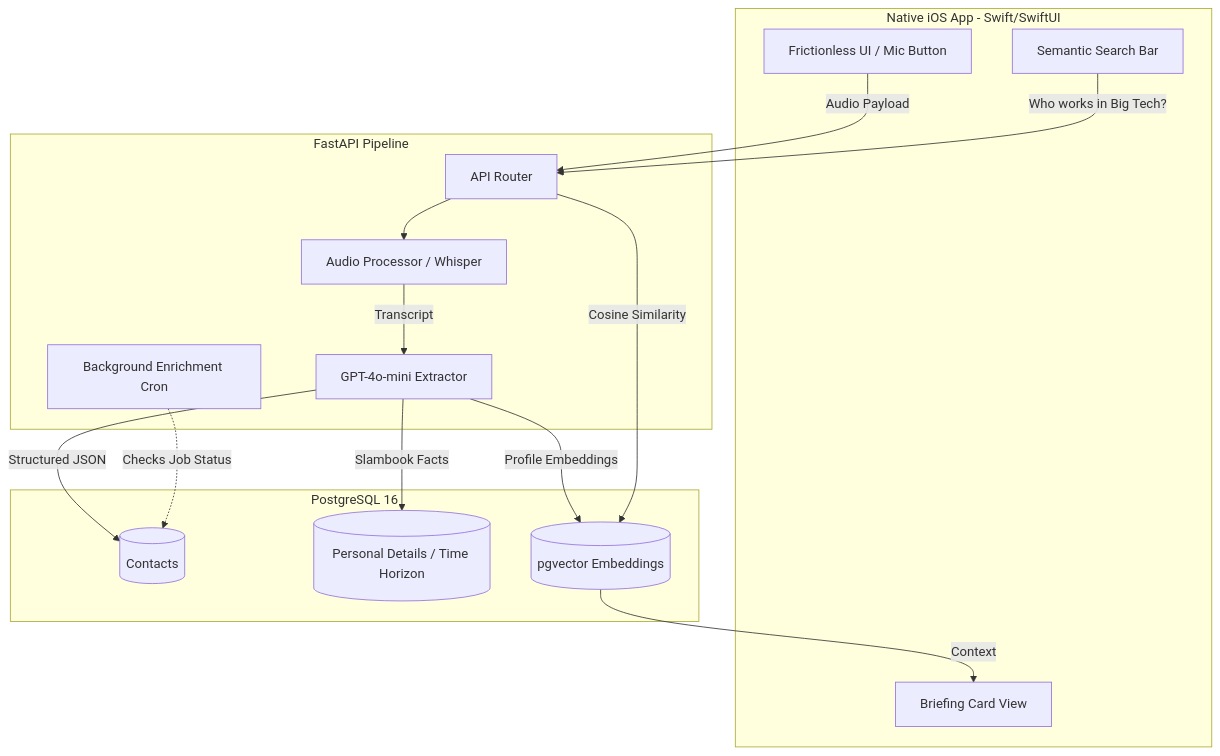
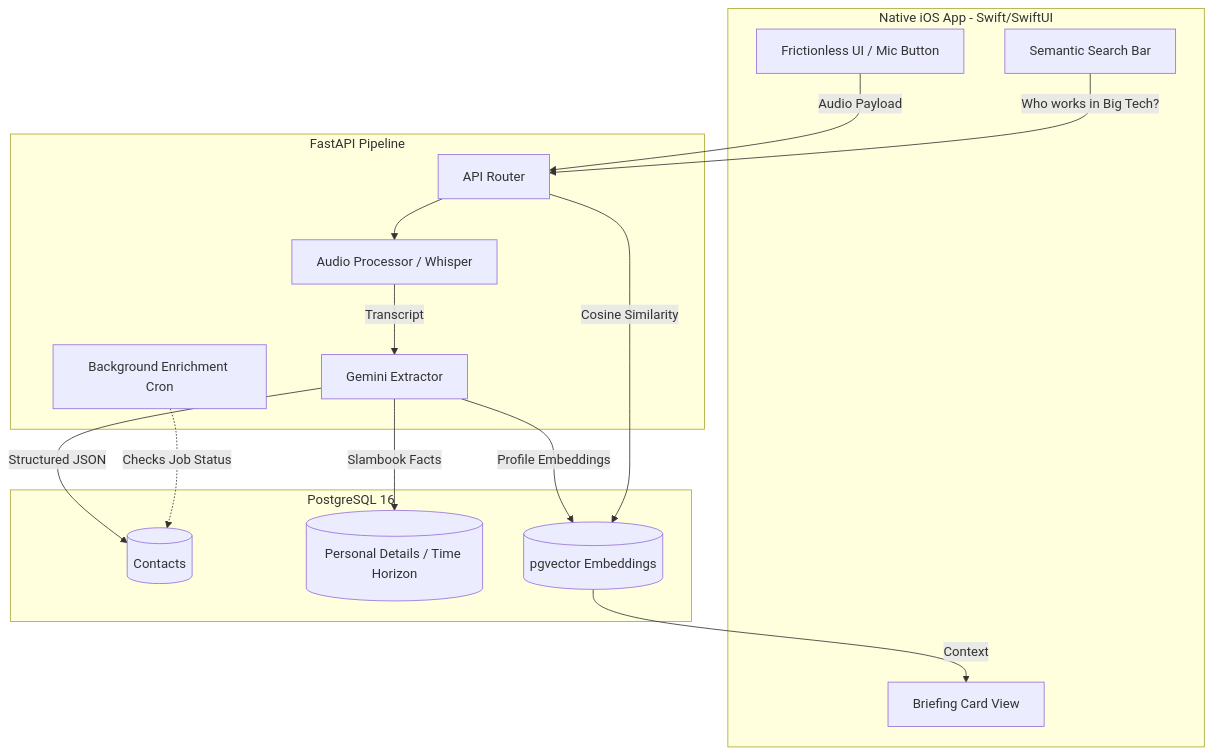
The diagram in README.md (sharmaaaryan4012/Dex-showcase), drawn with Mermaid before and after one commit. The commit also changed other lines of this file and 1 other file, not shown here.

Commit message:
docs: add contact slambook preview and update LLM references to Gemini

````diff
--- a/README.md
+++ b/README.md
@@ -41,32 +43,32 @@
 ```mermaid
 graph TD
     subgraph iOS Client [Native iOS App - Swift/SwiftUI]
         UI[Frictionless UI / Mic Button]
         BC[Briefing Card View]
         SM[Semantic Search Bar]
     end
 
     subgraph Backend Orchestration [FastAPI Pipeline]
         Router[API Router]
         Audio[Audio Processor / Whisper]
-        LLM[GPT-4o-mini Extractor]
+        LLM[Gemini Extractor]
         Worker[Background Enrichment Cron]
     end
 
     subgraph Data Layer [PostgreSQL 16]
         Contacts[(Contacts)]
         Details[(Personal Details / Time Horizon)]
         Vector[(pgvector Embeddings)]
     end
 
     UI -- Audio Payload --> Router
     Router --> Audio
     Audio -- Transcript --> LLM
     LLM -- Structured JSON --> Contacts
     LLM -- Slambook Facts --> Details
     LLM -- Profile Embeddings --> Vector
     SM -- "Who works in Big Tech?" --> Router
     Router -- Cosine Similarity --> Vector
     Vector -- Context --> BC
     Worker -. Checks Job Status .-> Contacts
 ```
````
